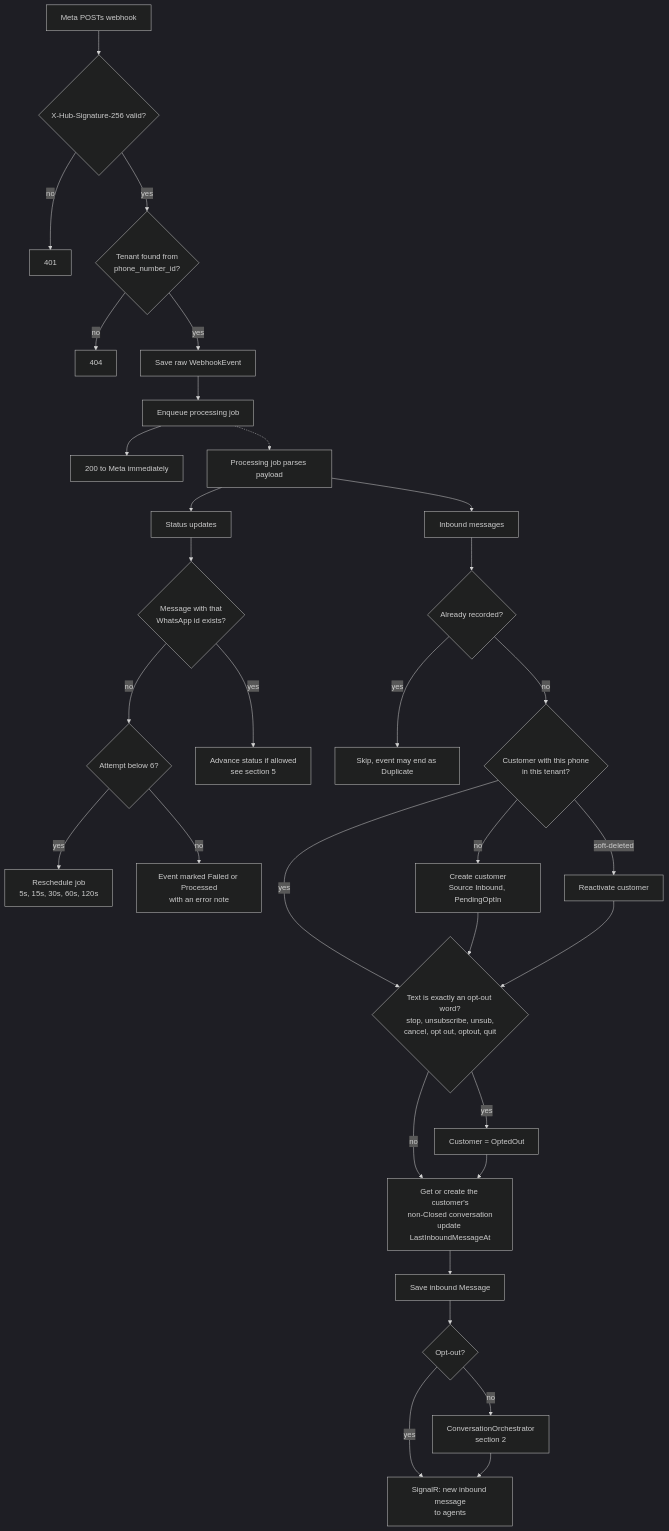
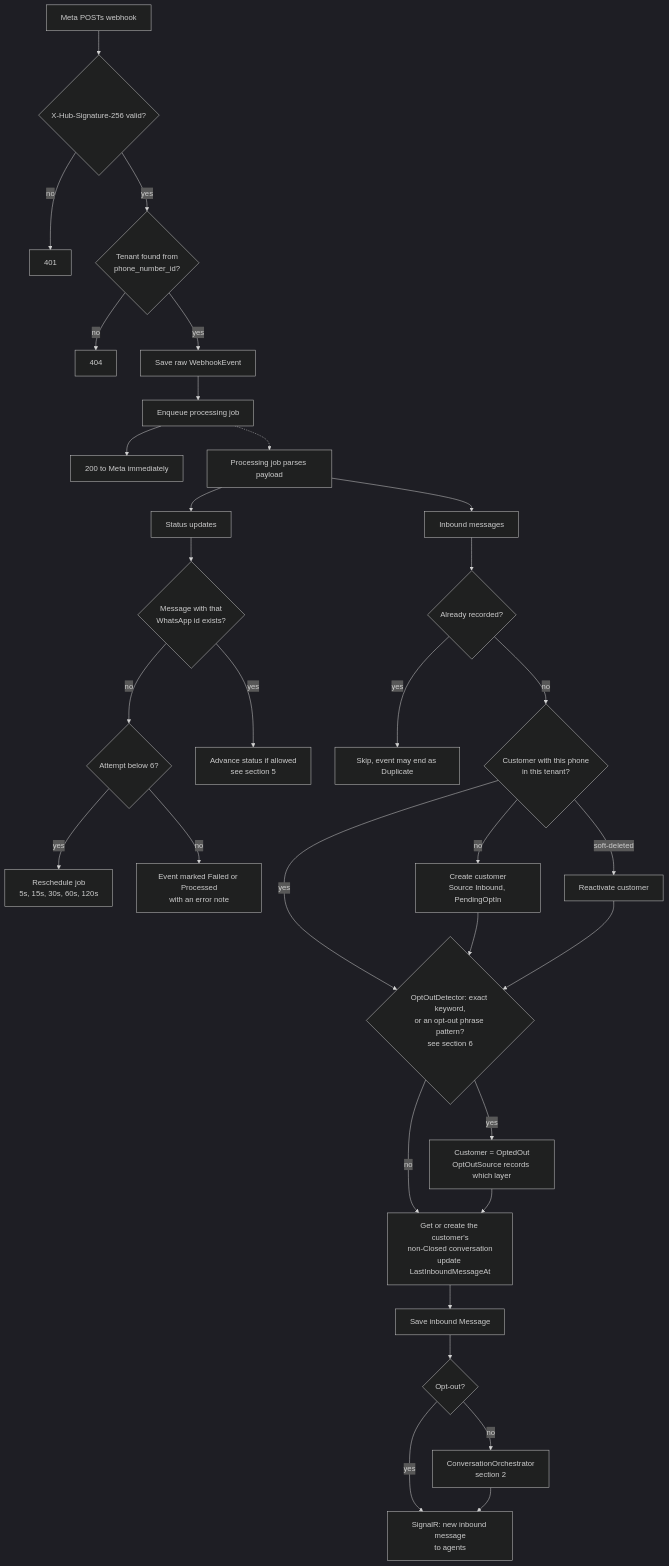
The first of 6 diagrams in src/app/features/conversations/FLOWS.md (aquarianchd83/AI-Sales-Automation-System-angular), drawn with Mermaid (dark theme) before and after one commit. The commit also changed other lines of this file and 5 other files, not shown here.

````diff
--- a/src/app/features/conversations/FLOWS.md
+++ b/src/app/features/conversations/FLOWS.md
@@ -20,37 +21,37 @@
 ```mermaid
 flowchart TD
     META["Meta POSTs webhook"] --> SIG{"X-Hub-Signature-256 valid?"}
     SIG -- no --> U401["401"]
     SIG -- yes --> TEN{"Tenant found from<br/>phone_number_id?"}
     TEN -- no --> N404["404"]
     TEN -- yes --> REC["Save raw WebhookEvent"]
     REC --> ENQ["Enqueue processing job"] --> OK200["200 to Meta immediately"]
 
     ENQ -.-> JOB["Processing job parses payload"]
     JOB --> ST["Status updates"]
     JOB --> MSG["Inbound messages"]
 
     ST --> ST1{"Message with that<br/>WhatsApp id exists?"}
     ST1 -- no --> RT{"Attempt below 6?"}
     RT -- yes --> RS["Reschedule job<br/>5s, 15s, 30s, 60s, 120s"]
     RT -- no --> RF["Event marked Failed or Processed<br/>with an error note"]
     ST1 -- yes --> ST2["Advance status if allowed<br/>see section 5"]
 
     MSG --> D1{"Already recorded?"}
     D1 -- yes --> DUP["Skip, event may end as Duplicate"]
     D1 -- no --> C1{"Customer with this phone<br/>in this tenant?"}
     C1 -- no --> C2["Create customer<br/>Source Inbound, PendingOptIn"]
     C1 -- soft-deleted --> C3["Reactivate customer"]
     C1 -- yes --> OPT
     C2 --> OPT
     C3 --> OPT
-    OPT{"Text is exactly an opt-out word?<br/>stop, unsubscribe, unsub,<br/>cancel, opt out, optout, quit"}
-    OPT -- yes --> OO["Customer = OptedOut"]
+    OPT{"OptOutDetector: exact keyword,<br/>or an opt-out phrase pattern?<br/>see section 6"}
+    OPT -- yes --> OO["Customer = OptedOut<br/>OptOutSource records which layer"]
     OPT -- no --> CONV
     OO --> CONV["Get or create the customer's<br/>non-Closed conversation<br/>update LastInboundMessageAt"]
     CONV --> SAVE["Save inbound Message"]
     SAVE --> ISOPT{"Opt-out?"}
     ISOPT -- yes --> NOTIFY
     ISOPT -- no --> ORCH["ConversationOrchestrator<br/>section 2"]
     ORCH --> NOTIFY["SignalR: new inbound message<br/>to agents"]
 ```
````
